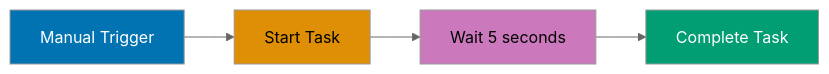
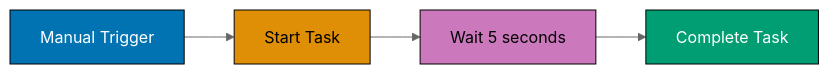
One commit to wahidyankf/open-sharia-enterprise changed the eighth of 8 diagrams in apps/ayokoding-web/content/en/learn/software-engineering/automation/tools/n8n/tutorials/by-example/beginner.md. Above: the diagram before and after it, drawn with Mermaid (neutral theme). The commit also changed other lines of this file and 8 other files, not shown here.

````diff
--- a/apps/ayokoding-web/content/en/learn/software-engineering/automation/tools/n8n/tutorials/by-example/beginner.md
+++ b/apps/ayokoding-web/content/en/learn/software-engineering/automation/tools/n8n/tutorials/by-example/beginner.md
@@ -1775,12 +1789,12 @@
 ```mermaid
 %% Wait node pauses execution
 graph LR
     A[Manual Trigger] --> B[Start Task]
     B --> C[Wait 5 seconds]
     C --> D[Complete Task]
 
-    style A fill:#0173B2,color:#fff
-    style B fill:#DE8F05,color:#000
-    style C fill:#CC78BC,color:#000
-    style D fill:#029E73,color:#fff
+    style A fill:#0173B2,stroke:#000,color:#fff
+    style B fill:#DE8F05,stroke:#000,color:#000
+    style C fill:#CC78BC,stroke:#000,color:#000
+    style D fill:#029E73,stroke:#000,color:#fff
 ```
````
